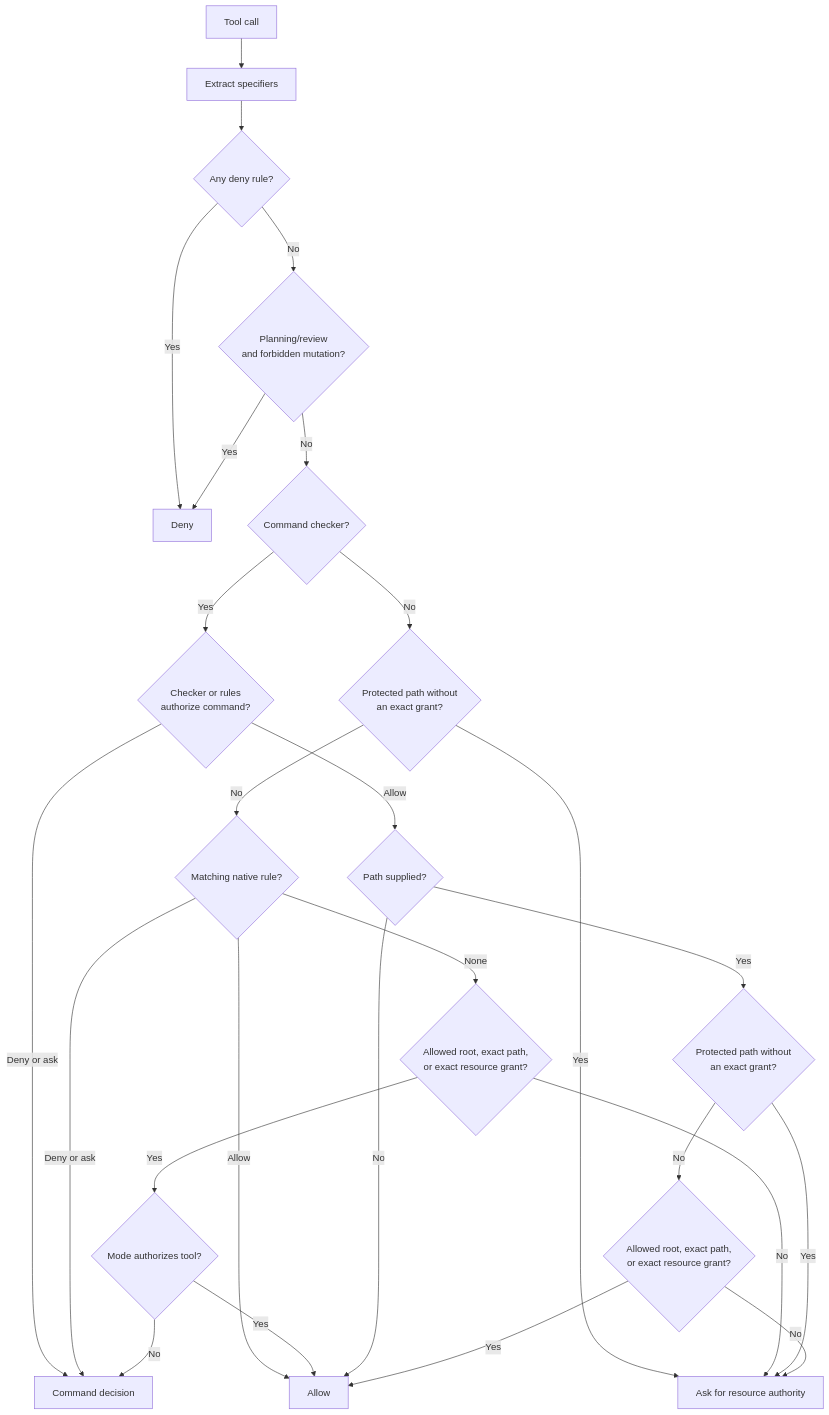
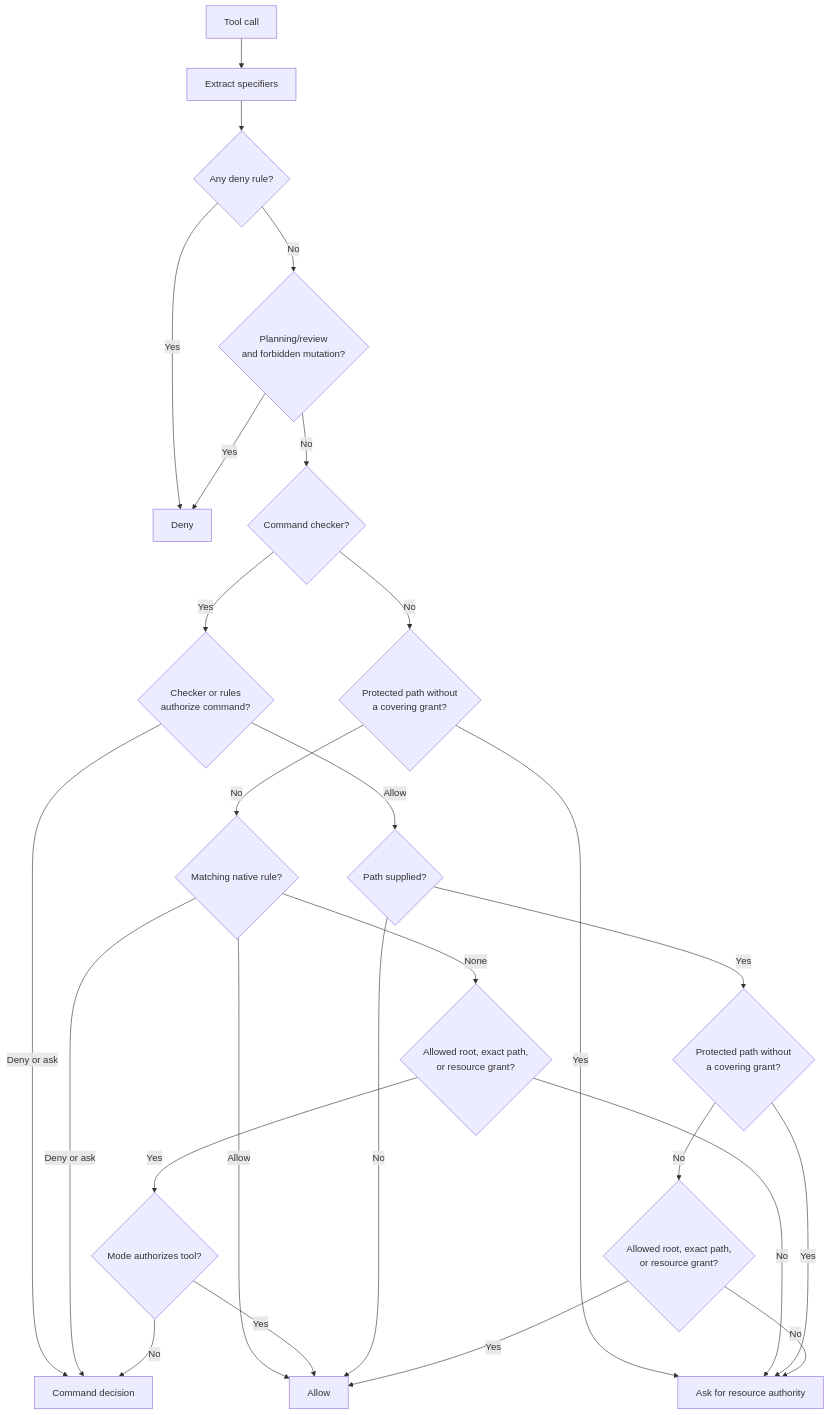
One commit to FrauH0lle/mevedel changed the diagram in docs/permissions.md. Above: the diagram before and after it, drawn with Mermaid. The commit also changed other lines of this file and 29 other files, not shown here.

````diff
--- a/docs/permissions.md
+++ b/docs/permissions.md
@@ -12,28 +12,28 @@
 ```mermaid
 flowchart TD
     A[Tool call] --> B[Extract specifiers]
     B --> C{Any deny rule?}
     C -- Yes --> Z[Deny]
     C -- No --> D{Planning/review<br/>and forbidden mutation?}
     D -- Yes --> Z
     D -- No --> E{Command checker?}
     E -- Yes --> F{Checker or rules<br/>authorize command?}
     F -- Deny or ask --> Q[Command decision]
     F -- Allow --> G{Path supplied?}
-    E -- No --> N{Protected path without<br/>an exact grant?}
+    E -- No --> N{Protected path without<br/>a covering grant?}
     N -- Yes --> X[Ask for resource authority]
     N -- No --> H{Matching native rule?}
     H -- Deny or ask --> Q
     H -- Allow --> Y
-    H -- None --> J{Allowed root, exact path,<br/>or exact resource grant?}
+    H -- None --> J{Allowed root, exact path,<br/>or resource grant?}
     J -- No --> X
     J -- Yes --> K{Mode authorizes tool?}
     K -- Yes --> Y
     K -- No --> Q
     G -- No --> Y[Allow]
-    G -- Yes --> I{Protected path without<br/>an exact grant?}
+    G -- Yes --> I{Protected path without<br/>a covering grant?}
     I -- Yes --> X[Ask for resource authority]
-    I -- No --> L{Allowed root, exact path,<br/>or exact resource grant?}
+    I -- No --> L{Allowed root, exact path,<br/>or resource grant?}
     L -- Yes --> Y
     L -- No --> X
 ```
````
